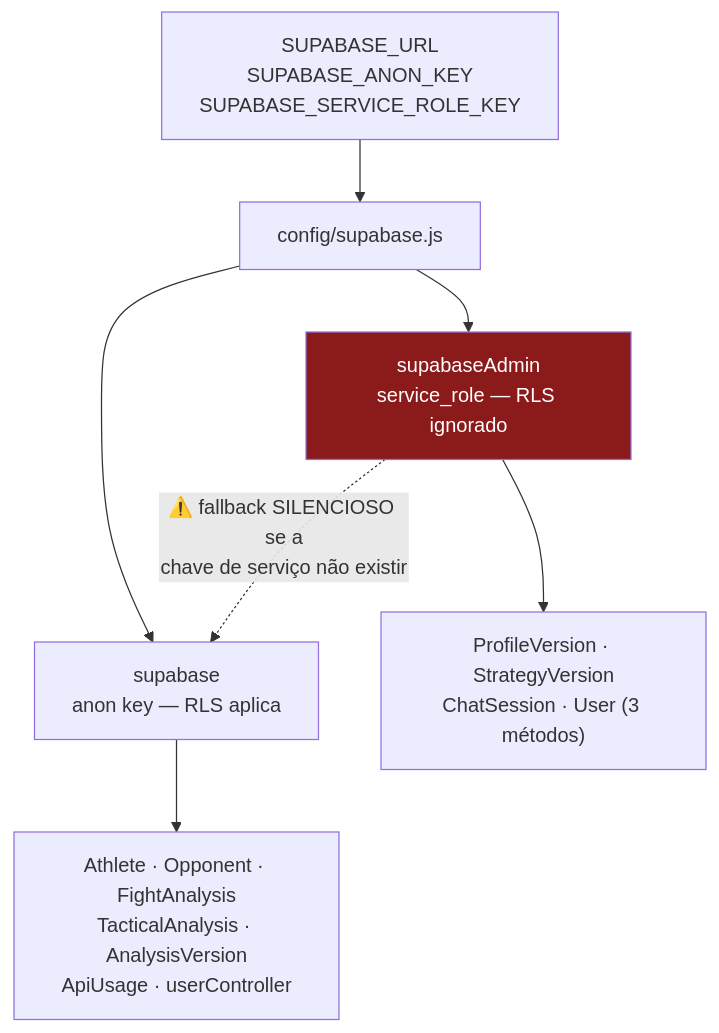
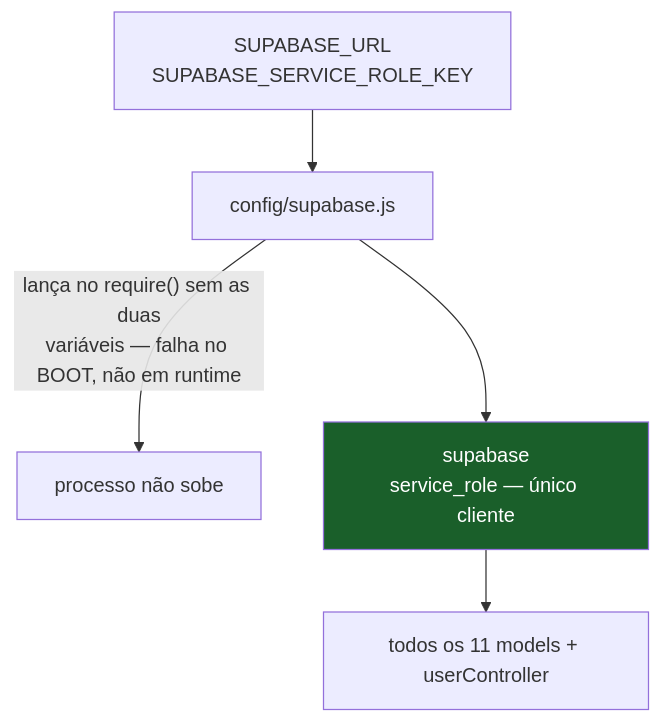
One commit to lucasxtech/JiuMetrics changed the first of 2 diagrams in docs/DATABASE.md. Above: the diagram before and after it, drawn with Mermaid. The commit also changed other lines of this file and 31 other files, not shown here.

````diff
--- a/docs/DATABASE.md
+++ b/docs/DATABASE.md
@@ -26,12 +26,9 @@
 ```mermaid
 flowchart TD
-    ENV["SUPABASE_URL<br/>SUPABASE_ANON_KEY<br/>SUPABASE_SERVICE_ROLE_KEY"] --> CFG["config/supabase.js"]
-    CFG --> AN["supabase<br/>anon key — RLS aplica"]
-    CFG --> AD["supabaseAdmin<br/>service_role — RLS ignorado"]
-    AD -.->|"⚠️ fallback SILENCIOSO se a<br/>chave de serviço não existir"| AN
+    ENV["SUPABASE_URL<br/>SUPABASE_SERVICE_ROLE_KEY"] --> CFG["config/supabase.js"]
+    CFG -->|"lança no require() sem as duas<br/>variáveis — falha no BOOT, não em runtime"| BOOT["processo não sobe"]
+    CFG --> C["supabase<br/>service_role — único cliente"]
+    C --> L["todos os 11 models + userController"]
 
-    AN --> L1["Athlete · Opponent · FightAnalysis<br/>TacticalAnalysis · AnalysisVersion<br/>ApiUsage · userController"]
-    AD --> L2["ProfileVersion · StrategyVersion<br/>ChatSession · User (3 métodos)"]
-
-    style AD fill:#8b1a1a,color:#fff
+    style C fill:#1a5f2a,color:#fff
 ```
````
